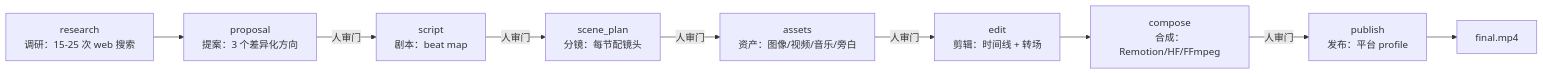
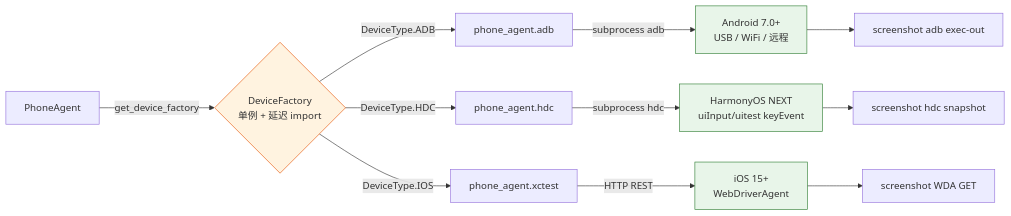
Before and after one commit to xuqi2024/xuqi2024.github.io: the fourth of 5 diagrams in source/_posts/2026-07-04-openmontage-agentic-video-production-pipeline-architecture-deep-dive.md, drawn with Mermaid. The commit also changed other lines of this file, not shown here.

````diff
--- a/source/_posts/2026-07-04-openmontage-agentic-video-production-pipeline-architecture-deep-dive.md
+++ b/source/_posts/2026-07-04-openmontage-agentic-video-production-pipeline-architecture-deep-dive.md
@@ -384,11 +564,20 @@
 ```mermaid
 flowchart LR
-    R[research<br/>调研：15-25 次 web 搜索] --> P[proposal<br/>提案：3 个差异化方向]
-    P -->|人审门| S[script<br/>剧本：beat map]
-    S -->|人审门| SP[scene_plan<br/>分镜：每节配镜头]
-    SP -->|人审门| A[assets<br/>资产：图像/视频/音乐/旁白]
-    A -->|人审门| E[edit<br/>剪辑：时间线 + 转场]
-    E --> C[compose<br/>合成：Remotion/HF/FFmpeg]
-    C -->|人审门| PUB[publish<br/>发布：平台 profile]
-    PUB --> F[final.mp4]
+    Agent[PhoneAgent] -->|get_device_factory| DF{DeviceFactory<br/>单例 + 延迟 import}
+    DF -->|DeviceType.ADB| ADBMod[phone_agent.adb]
+    DF -->|DeviceType.HDC| HDCMod[phone_agent.hdc]
+    DF -->|DeviceType.IOS| XDMod[phone_agent.xctest]
+
+    ADBMod -->|subprocess adb| Android[Android 7.0+<br/>USB / WiFi / 远程]
+    HDCMod -->|subprocess hdc| HarmonyOS[HarmonyOS NEXT<br/>uiInput/uitest keyEvent]
+    XDMod -->|HTTP REST| iOS[iOS 15+<br/>WebDriverAgent]
+
+    Android --> Screen[screenshot adb exec-out]
+    HarmonyOS --> Screen2[screenshot hdc snapshot]
+    iOS --> Screen3[screenshot WDA GET]
+
+    classDef ok fill:#e8f5e9,stroke:#2e7d32;
+    classDef warn fill:#fff3e0,stroke:#e65100;
+    class Android,HarmonyOS,iOS ok;
+    class DF warn;
 ```
````
